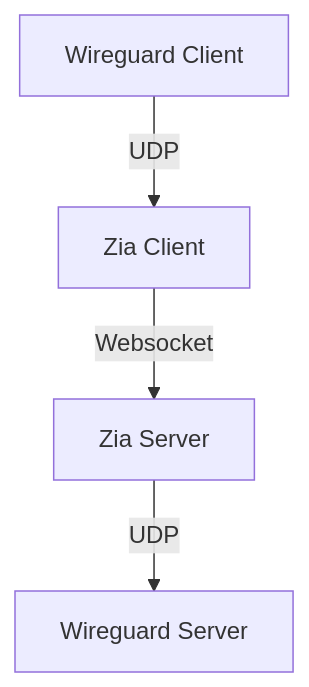
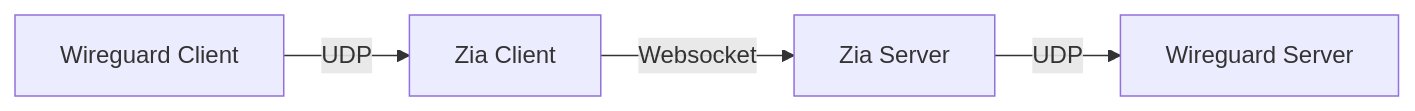
One commit to MarcelCoding/zia changed the first of 2 diagrams in README.md. Above: the diagram before and after it, drawn with Mermaid. The commit also changed other lines of this file, not shown here.

Commit message:
Changed flowchart direction

````diff
--- a/README.md
+++ b/README.md
@@ -5,6 +5,6 @@
 ```mermaid
-graph TD
+graph LR
     WC[Wireguard Client] -->|UDP| B[Zia Client]
     B -->|Websocket| C[Zia Server]
     C -->|UDP| D[Wireguard Server]
 ```
````
